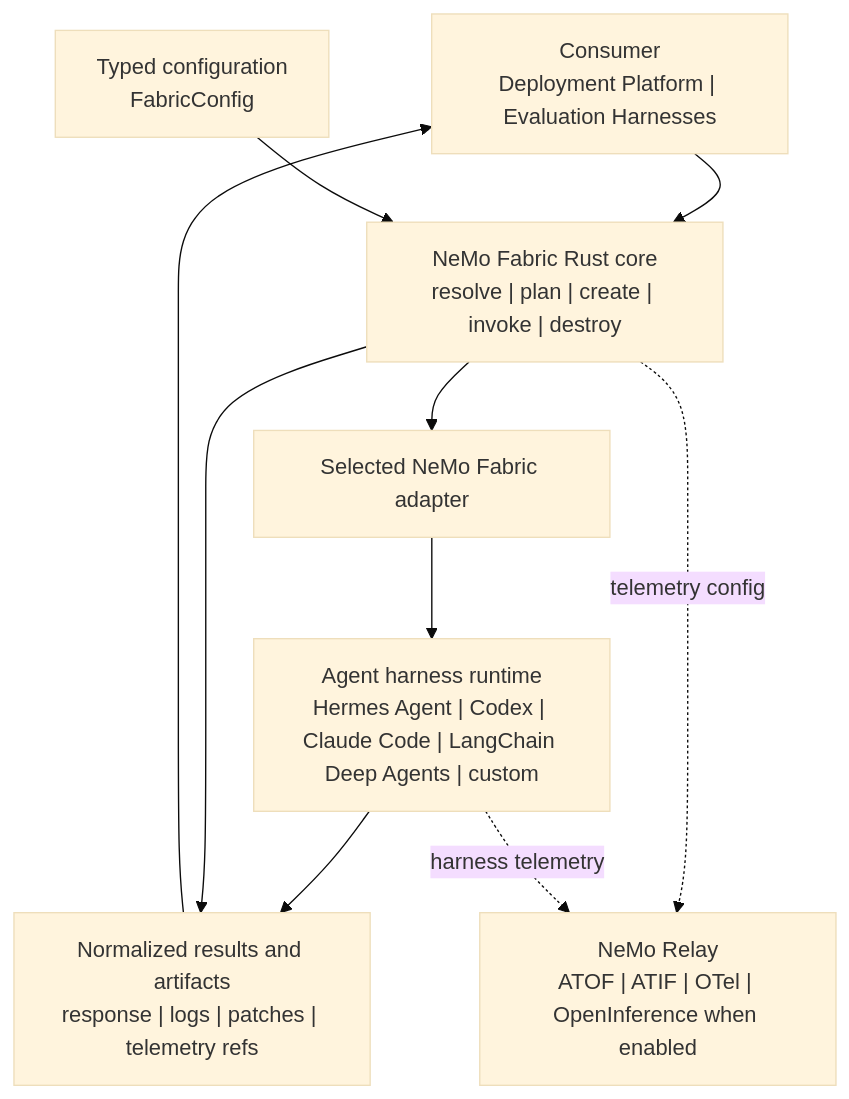
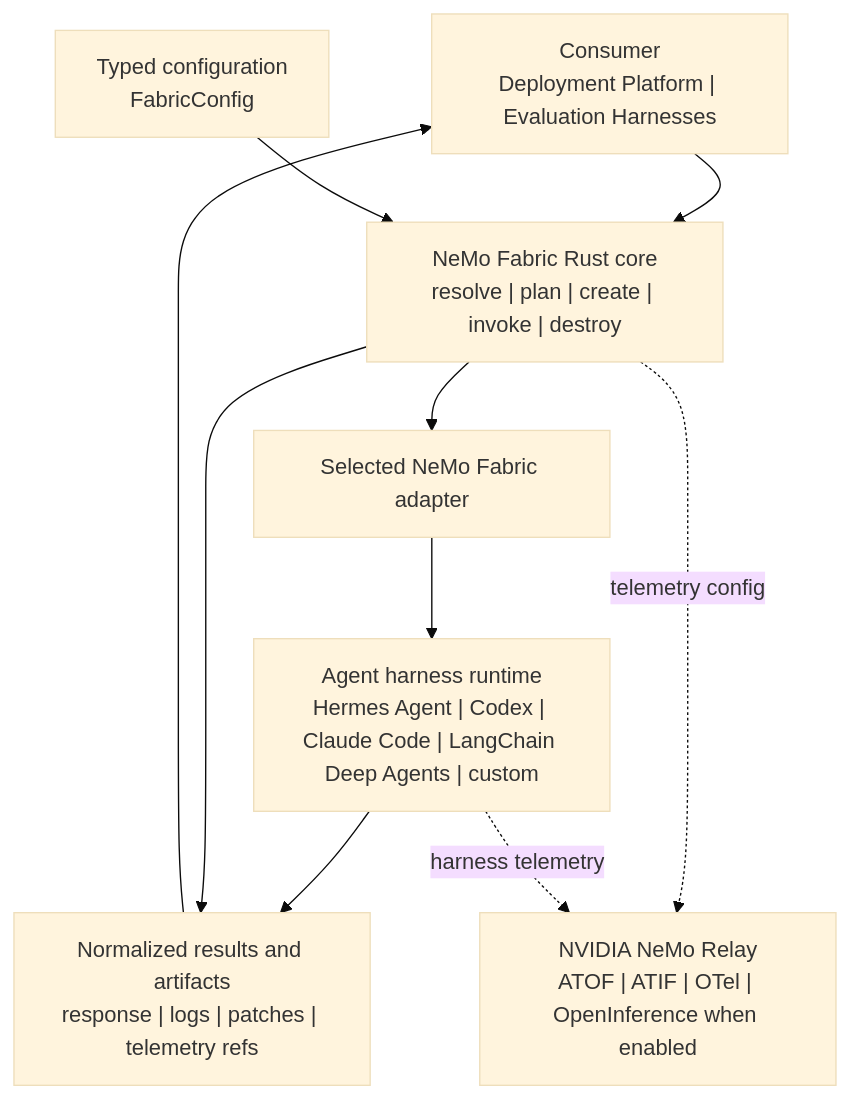
The diagram in README.md (NVIDIA/NeMo-Fabric), drawn with Mermaid (base theme) before and after one commit. The commit also changed other lines of this file and 18 other files, not shown here.

````diff
--- a/README.md
+++ b/README.md
@@ -172,20 +172,20 @@
 ```mermaid
 flowchart TB
   Consumer["Consumer\nDeployment Platform | Evaluation Harnesses"]
   Config["Typed configuration\nFabricConfig"]
   Core["NeMo Fabric Rust core\nresolve | plan | create | invoke | destroy"]
   Adapter["Selected NeMo Fabric adapter"]
   Harness["Agent harness runtime\nHermes Agent | Codex | Claude Code | LangChain Deep Agents | custom"]
   Artifacts["Normalized results and artifacts\nresponse | logs | patches | telemetry refs"]
-  Relay["NeMo Relay\nATOF | ATIF | OTel | OpenInference when enabled"]
+  Relay["NVIDIA NeMo Relay\nATOF | ATIF | OTel | OpenInference when enabled"]
 
   Consumer --> Core
   Config --> Core
   Core --> Adapter
   Adapter --> Harness
   Harness --> Artifacts
   Core --> Artifacts
   Artifacts --> Consumer
   Core -. telemetry config .-> Relay
   Harness -. harness telemetry .-> Relay
 ```
````
